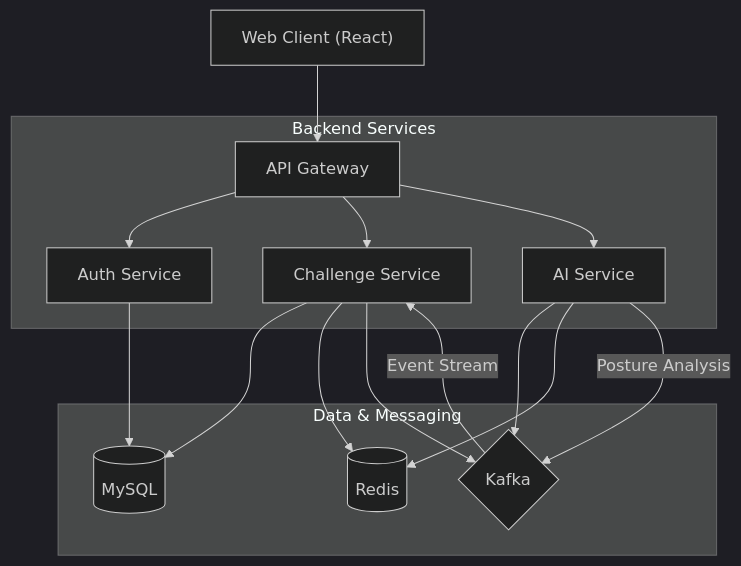
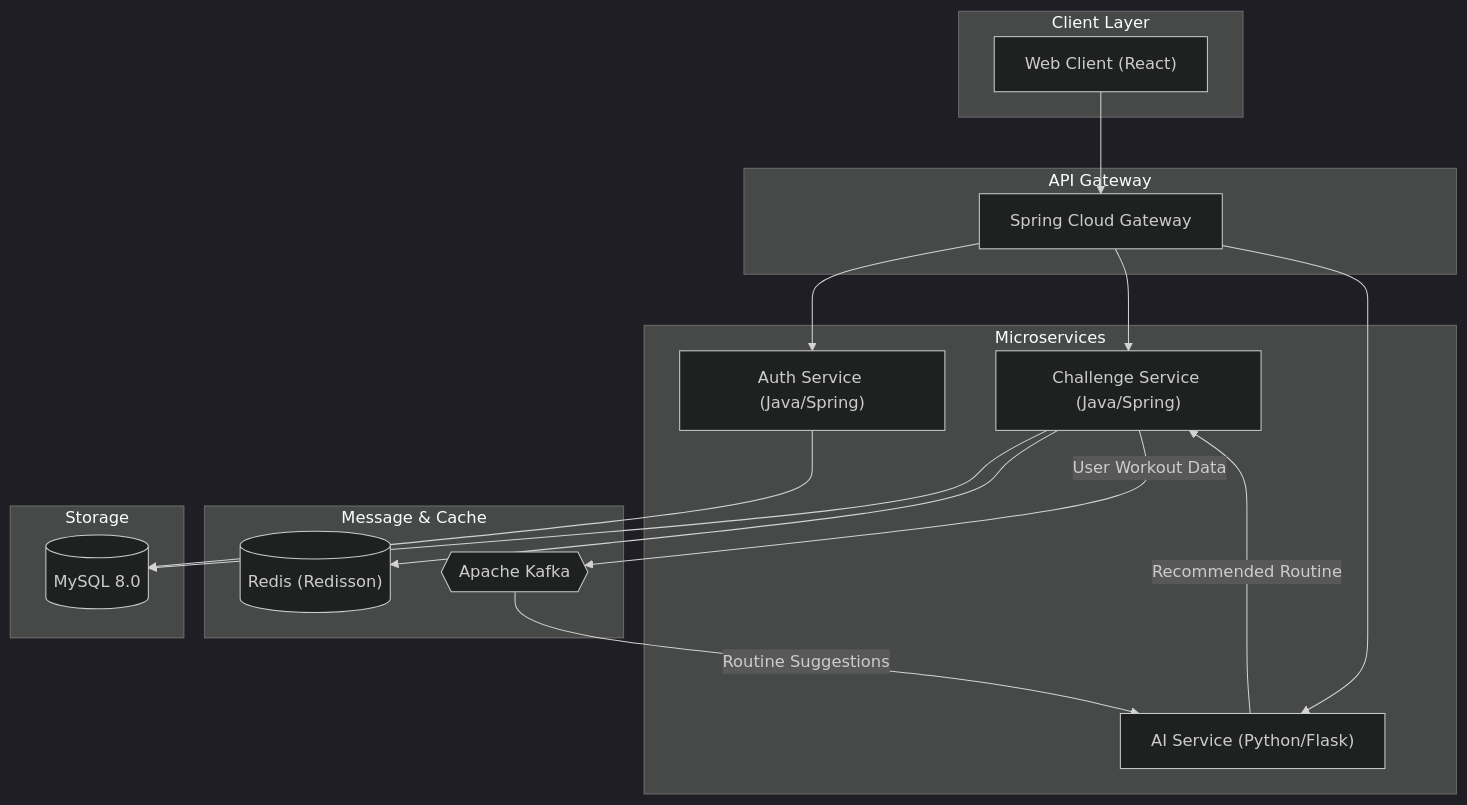
Before and after one commit to leejinjae123/fit-challenge-system: the diagram in README.md, drawn with Mermaid (dark theme). The commit also changed other lines of this file and 1 other file, not shown here.

````diff
--- a/README.md
+++ b/README.md
@@ -13,22 +47,41 @@
 ```mermaid
 graph TD
-    Client["Web Client (React)"] --> Gateway["API Gateway"]
+    subgraph "Client Layer"
+        Client["Web Client (React)"]
+    end
+
+    subgraph "API Gateway"
+        Gateway["Spring Cloud Gateway"]
+    end
+
+    subgraph "Microservices"
+        Auth["Auth Service (Java/Spring)"]
+        Challenge["Challenge Service (Java/Spring)"]
+        AI["AI Service (Python/Flask)"]
+    end
+
+    subgraph "Message & Cache"
+        Kafka{{"Apache Kafka"}}
+        Redis[("Redis (Redisson)")]
+    end
+
+    subgraph "Storage"
+        MySQL[("MySQL 8.0")]
+    end
+
+    %% Routing
+    Client --> Gateway
+    Gateway --> Auth
+    Gateway --> Challenge
+    Gateway --> AI
+
+    %% Data Flow
+    Auth --> MySQL
+    Challenge --> MySQL
+    Challenge --> Redis
     
-    subgraph "Backend Services"
-        Gateway --> Auth["Auth Service"]
-        Gateway --> Challenge["Challenge Service"]
-        Gateway --> AI["AI Service"]
-    end
-    
-    subgraph "Data & Messaging"
-        Auth --> MySQL[("MySQL")]
-        Challenge --> MySQL
-        Challenge --> Redis[("Redis")]
-        Challenge --> Kafka{"Kafka"}
-        AI --> Kafka
-        AI --> Redis
-    end
-    
-    AI -- "Posture Analysis" --> Kafka
-    Kafka -- "Event Stream" --> Challenge
+    %% Event Flow
+    Challenge -- "User Workout Data" --> Kafka
+    Kafka -- "Routine Suggestions" --> AI
+    AI -- "Recommended Routine" --> Challenge
 ```
````
